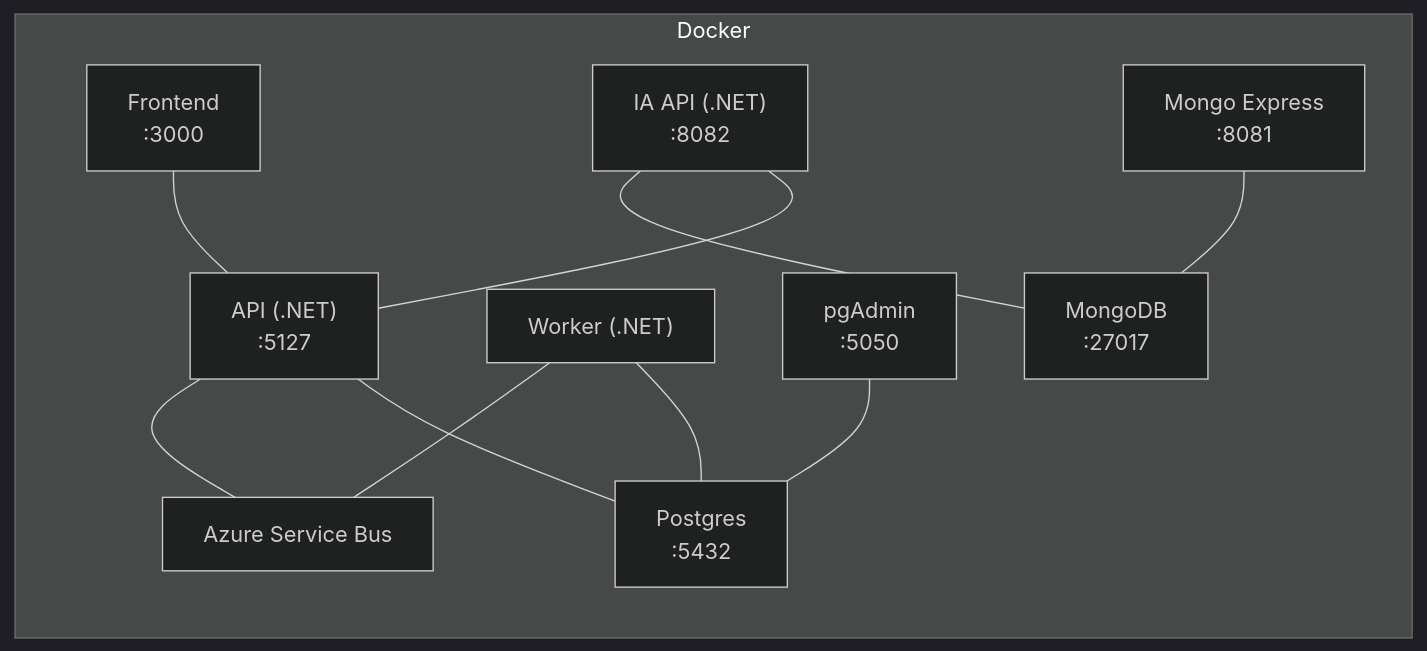
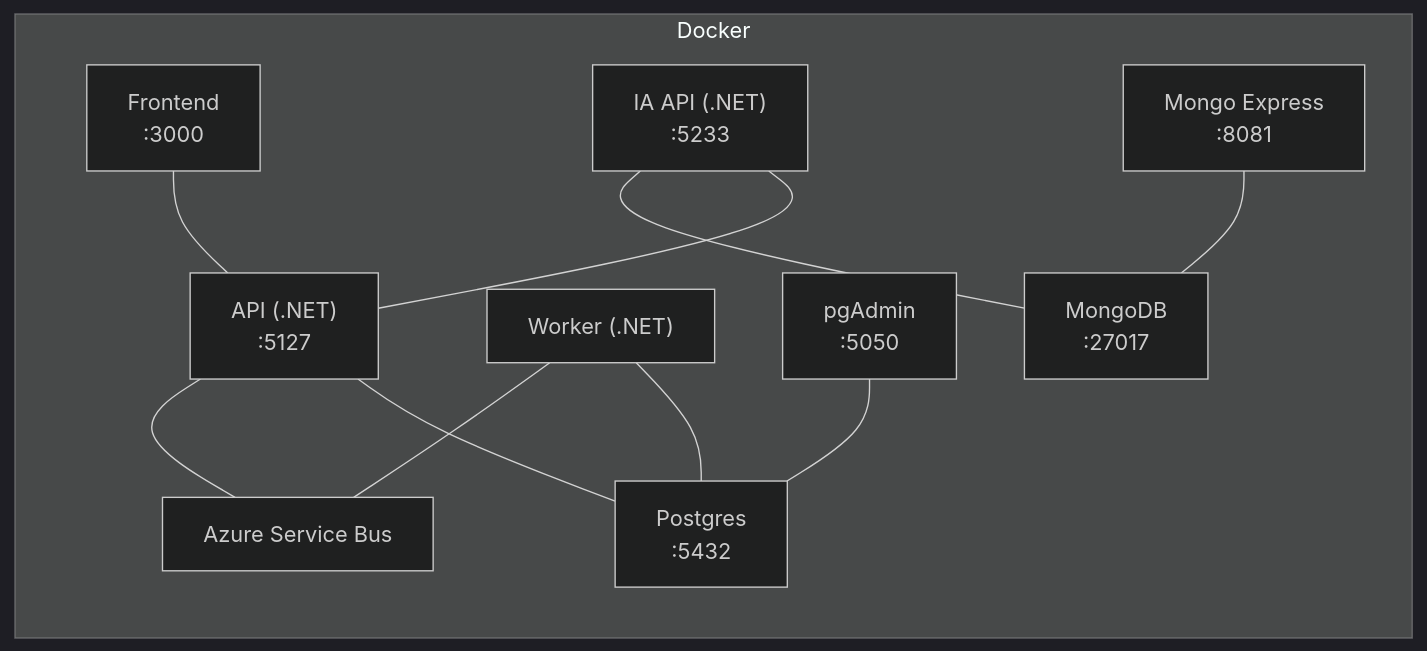
Before and after one commit to tuliofranco/order-service: the second of 2 diagrams in README.md, drawn with Mermaid (dark theme). The commit also changed other lines of this file and 3 other files, not shown here.

````diff
--- a/README.md
+++ b/README.md
@@ -503,15 +522,15 @@
 ```mermaid
 graph LR
   subgraph Docker
     FE["Frontend<br/>:3000"] --- API["API (.NET)<br/>:5127"]
     API --- DB["Postgres<br/>:5432"]
     API --- ASB["Azure Service Bus"]
     WK["Worker (.NET)"] --- DB
     WK --- ASB
     PG["pgAdmin<br/>:5050"] --- DB
 
-    IAAPI["IA API (.NET)<br/>:8082"] --- API
+    IAAPI["IA API (.NET)<br/>:5233"] --- API
     IAAPI --- MG["MongoDB<br/>:27017"]
     MGE["Mongo Express<br/>:8081"] --- MG
   end
 ```
````
